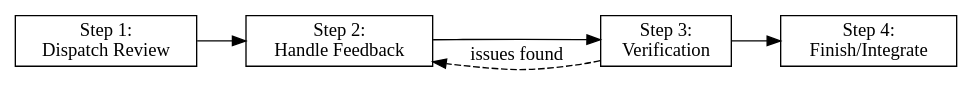
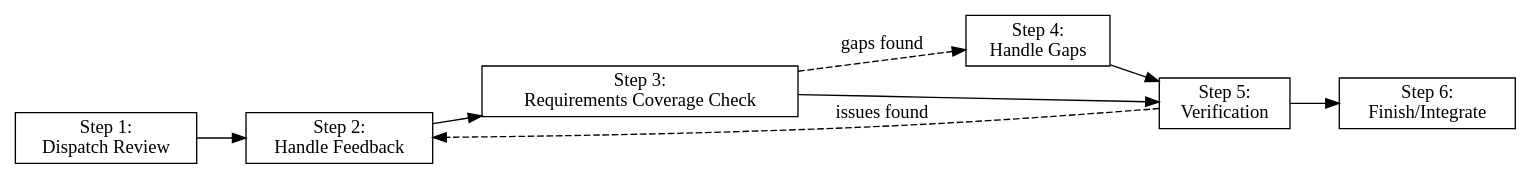
One commit to knotmark-ai/devmuse changed the diagram in skills/craft-review/SKILL.md. Above: the diagram before and after it, drawn with Graphviz. The commit also changed other lines of this file, not shown here.

Commit message:
feat: add review-coverage step to craft-review pipeline

````diff
--- a/skills/craft-review/SKILL.md
+++ b/skills/craft-review/SKILL.md
@@ -14,16 +14,21 @@
 ```dot
 digraph review_process {
     rankdir=LR;
     node [shape=box];
 
     dispatch [label="Step 1:\nDispatch Review"];
     feedback [label="Step 2:\nHandle Feedback"];
-    verify [label="Step 3:\nVerification"];
-    finish [label="Step 4:\nFinish/Integrate"];
+    coverage [label="Step 3:\nRequirements Coverage Check"];
+    gaps [label="Step 4:\nHandle Gaps"];
+    verify [label="Step 5:\nVerification"];
+    finish [label="Step 6:\nFinish/Integrate"];
 
     dispatch -> feedback;
-    feedback -> verify;
+    feedback -> coverage;
+    coverage -> gaps [label="gaps found", style=dashed];
+    coverage -> verify;
+    gaps -> verify;
     verify -> finish;
     verify -> feedback [label="issues found", style=dashed];
 }
 ```
````
